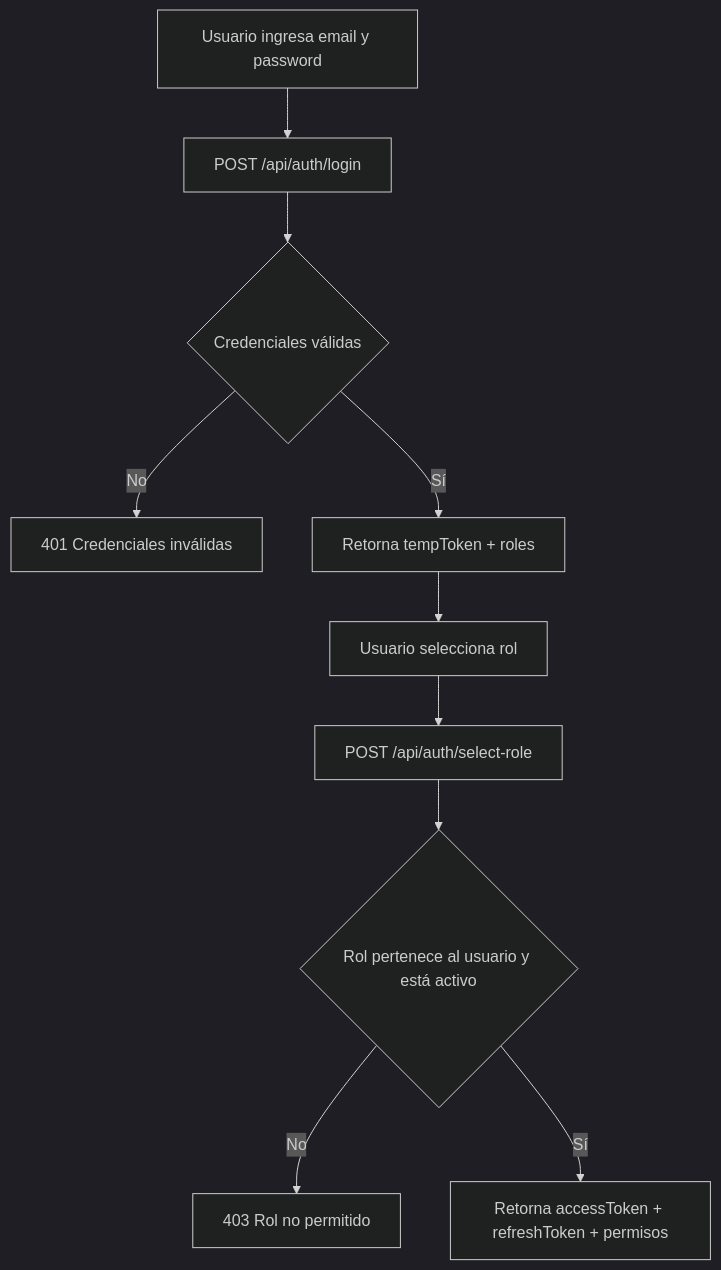
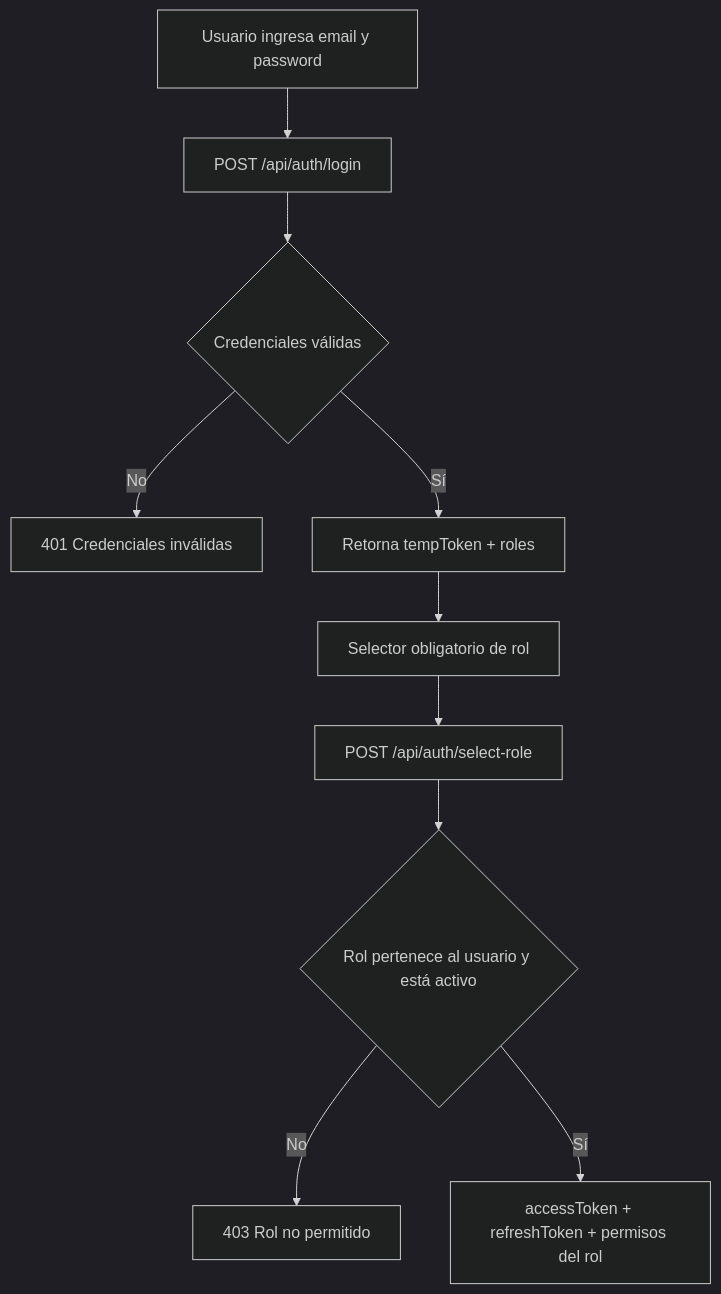
One commit to AlejandroToscan0/ProyectoP3_SWSeguro changed the second of 4 diagrams in README.md. Above: the diagram before and after it, drawn with Mermaid (dark theme). The commit also changed other lines of this file, not shown here.

First line of the commit message:
docs: actualizar README al estado final del proyecto

````diff
--- a/README.md
+++ b/README.md
@@ -73,12 +47,12 @@
 ```mermaid
 flowchart TD
     A[Usuario ingresa email y password] --> B[POST /api/auth/login]
     B --> C{Credenciales válidas}
     C -- No --> D[401 Credenciales inválidas]
     C -- Sí --> E[Retorna tempToken + roles]
-    E --> F[Usuario selecciona rol]
+    E --> F[Selector obligatorio de rol]
     F --> G[POST /api/auth/select-role]
     G --> H{Rol pertenece al usuario y está activo}
     H -- No --> I[403 Rol no permitido]
-    H -- Sí --> J[Retorna accessToken + refreshToken + permisos]
+    H -- Sí --> J[accessToken + refreshToken + permisos del rol]
 ```
````
